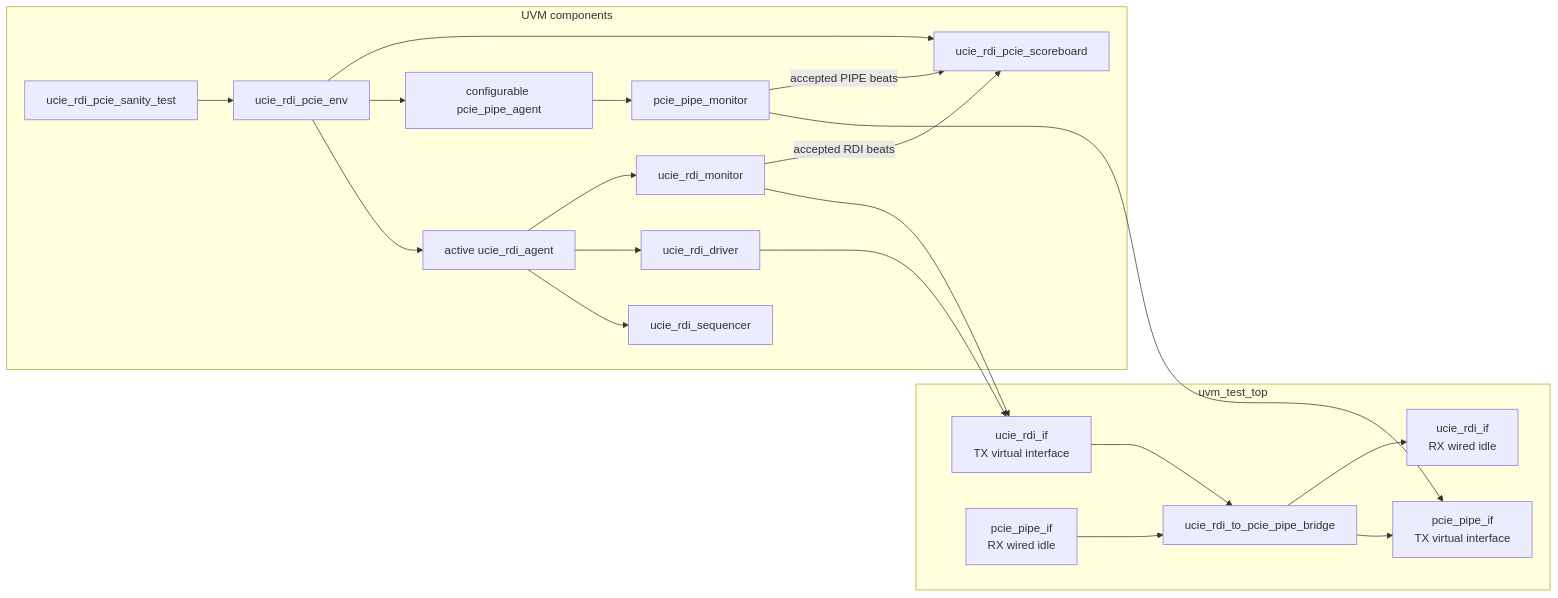
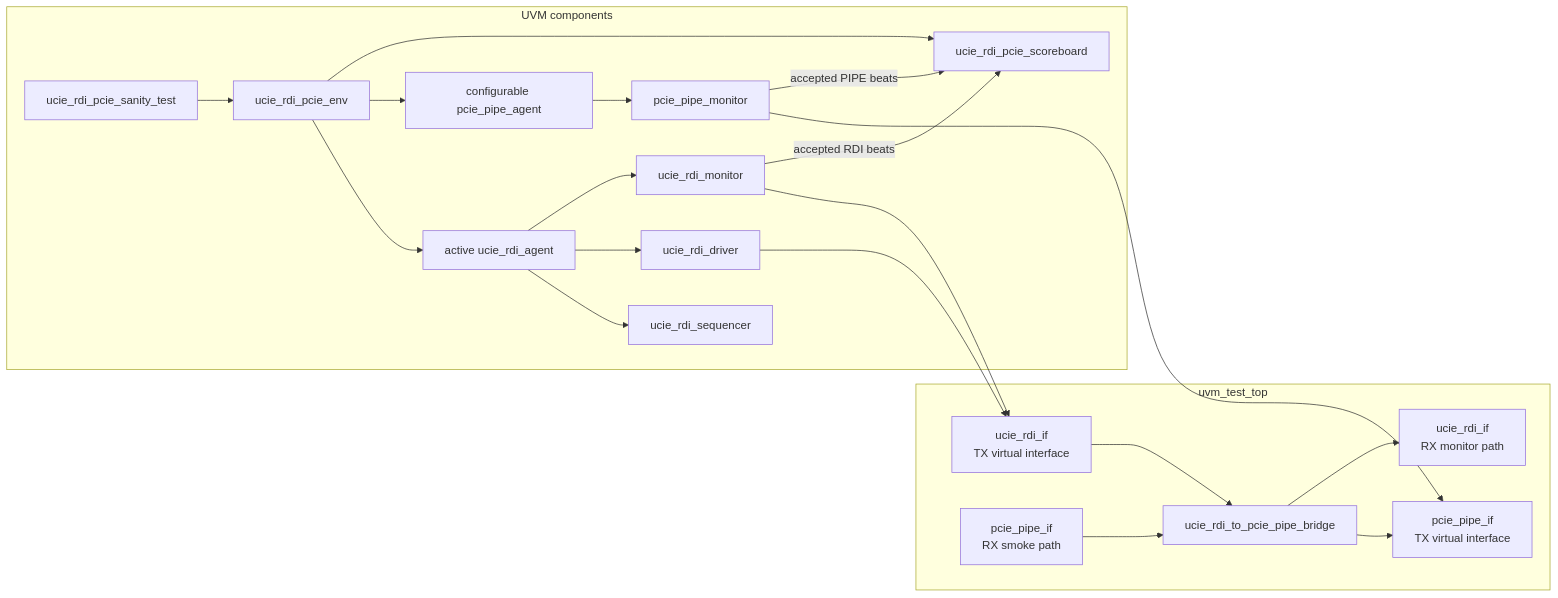
The first of 2 diagrams in docs/uvm_verification.md (markrthomas/IP-ucie-rdi-to-pcie-pipe), drawn with Mermaid before and after one commit. The commit also changed other lines of this file and 5 other files, not shown here.

Commit message:
Add UVM CRC smoke path

````diff
--- a/docs/uvm_verification.md
+++ b/docs/uvm_verification.md
@@ -19,40 +19,40 @@
 ```mermaid
 flowchart LR
     subgraph TOP[uvm_test_top]
         RDI_IF[ucie_rdi_if\nTX virtual interface]
         PIPE_IF[pcie_pipe_if\nTX virtual interface]
-        RX_RDI_IF[ucie_rdi_if\nRX wired idle]
-        RX_PIPE_IF[pcie_pipe_if\nRX wired idle]
+        RX_RDI_IF[ucie_rdi_if\nRX monitor path]
+        RX_PIPE_IF[pcie_pipe_if\nRX smoke path]
         DUT[ucie_rdi_to_pcie_pipe_bridge]
     end
 
     subgraph UVM[UVM components]
         TEST[ucie_rdi_pcie_sanity_test]
         ENV[ucie_rdi_pcie_env]
         RDI_AGENT[active ucie_rdi_agent]
         RDI_SQR[ucie_rdi_sequencer]
         RDI_DRV[ucie_rdi_driver]
         RDI_MON[ucie_rdi_monitor]
         PIPE_AGENT[configurable pcie_pipe_agent]
         PIPE_MON[pcie_pipe_monitor]
         SB[ucie_rdi_pcie_scoreboard]
     end
 
     TEST --> ENV
     ENV --> RDI_AGENT
     ENV --> PIPE_AGENT
     ENV --> SB
     RDI_AGENT --> RDI_SQR
     RDI_AGENT --> RDI_DRV
     RDI_AGENT --> RDI_MON
     PIPE_AGENT --> PIPE_MON
     RDI_DRV --> RDI_IF
     RDI_MON --> RDI_IF
     PIPE_MON --> PIPE_IF
     RDI_IF --> DUT
     DUT --> PIPE_IF
     RX_PIPE_IF --> DUT
     DUT --> RX_RDI_IF
     RDI_MON -- accepted RDI beats --> SB
     PIPE_MON -- accepted PIPE beats --> SB
 ```
````
